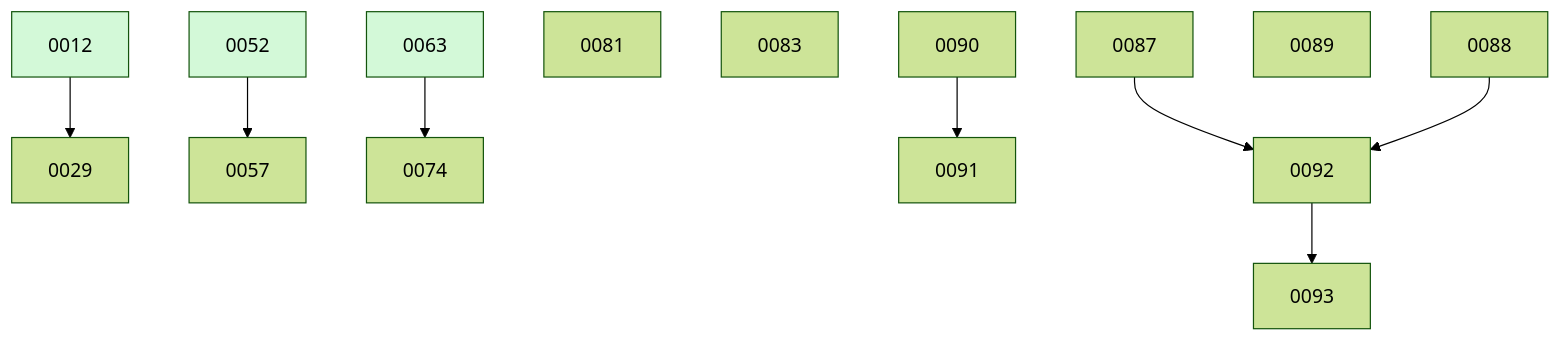
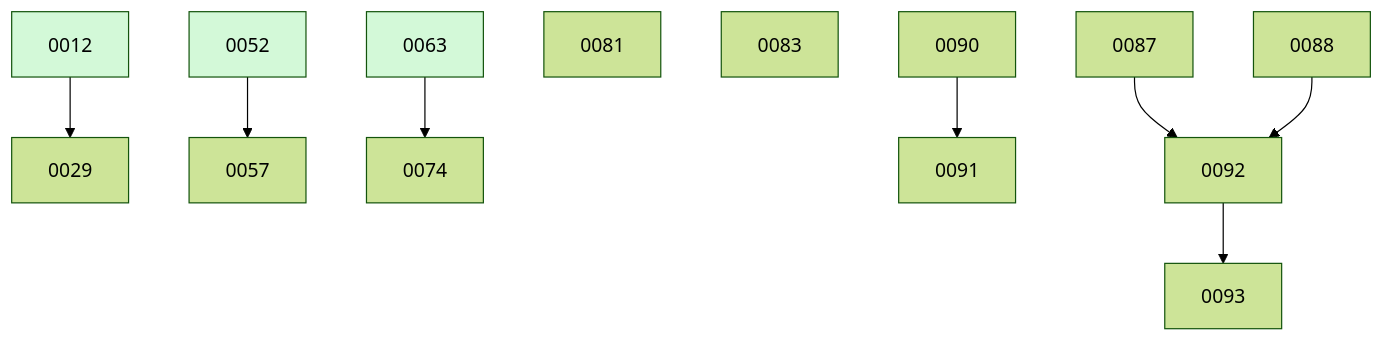
The diagram in docs/changes/BOARD.md (ethanhinson/fuse), drawn with Mermaid (forest theme) before and after one commit. The commit also changed other lines of this file and 4 other files, not shown here.

````diff
--- a/docs/changes/BOARD.md
+++ b/docs/changes/BOARD.md
@@ -37,20 +36,19 @@
 ```mermaid
 graph TD
   0012 --> 0029
   0052 --> 0057
   0063 --> 0074
   0081
   0083
   0087
   0088
-  0089
   0090
   0090 --> 0091
   0087 --> 0092
   0088 --> 0092
   0092 --> 0093
   0012:::done
   0052:::done
   0063:::done
   classDef done fill:#d3f9d8;
 ```
````
